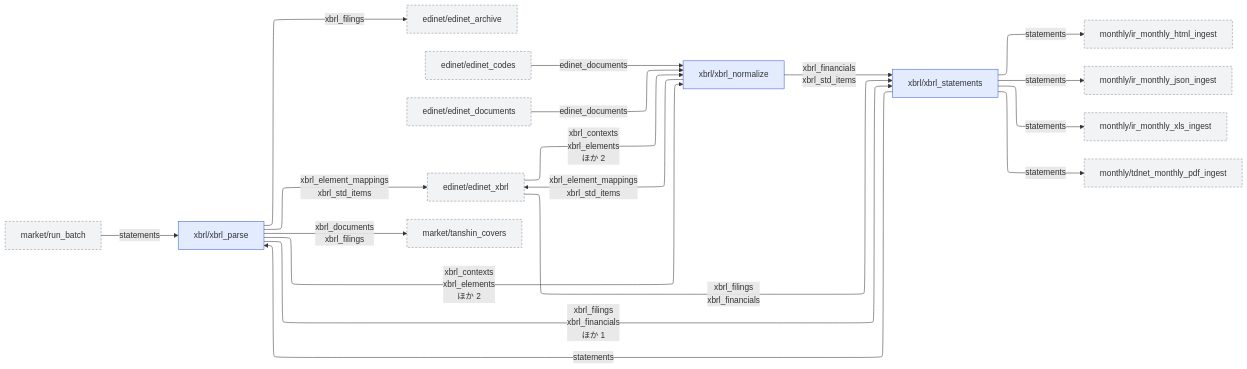
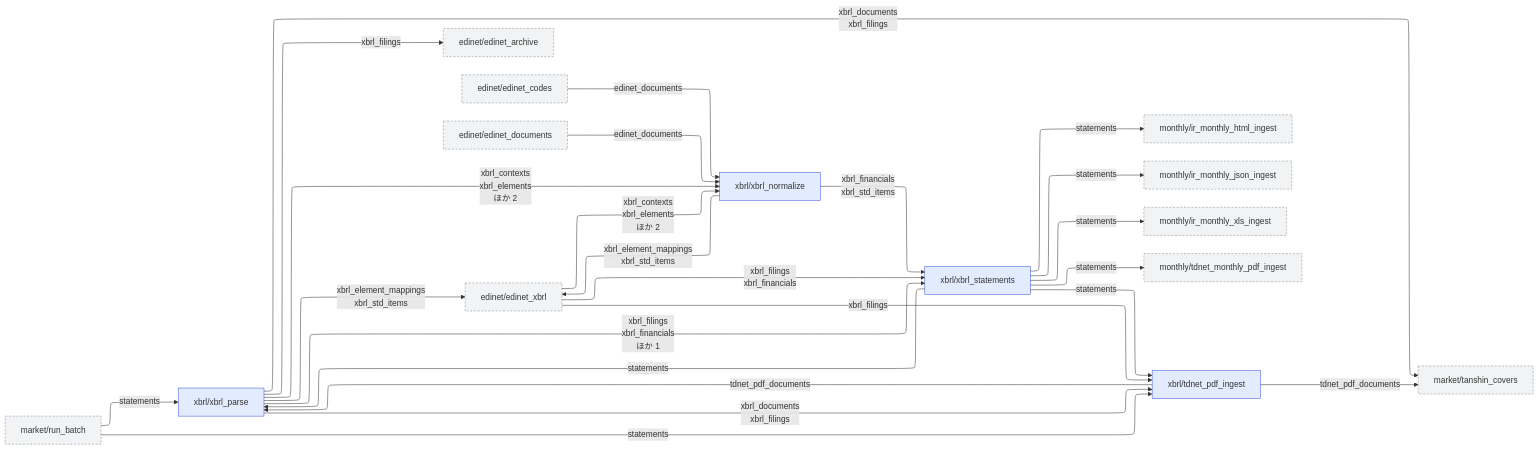
The diagram in docs/jobs/gen/xbrl.md (pekumirui/stock-analyzer), drawn with Mermaid before and after one commit. The commit also changed other lines of this file and 31 other files, not shown here.

````diff
--- a/docs/jobs/gen/xbrl.md
+++ b/docs/jobs/gen/xbrl.md
@@ -9,39 +9,46 @@
 ```mermaid
 ---
 config:
   layout: elk
 ---
 flowchart LR
   n0["edinet/edinet_archive"]:::ext
   n1["edinet/edinet_codes"]:::ext
   n2["edinet/edinet_documents"]:::ext
   n3["edinet/edinet_xbrl"]:::ext
   n4["market/run_batch"]:::ext
   n5["market/tanshin_covers"]:::ext
   n6["monthly/ir_monthly_html_ingest"]:::ext
   n7["monthly/ir_monthly_json_ingest"]:::ext
   n8["monthly/ir_monthly_xls_ingest"]:::ext
   n9["monthly/tdnet_monthly_pdf_ingest"]:::ext
-  n10["xbrl/xbrl_normalize"]:::own
-  n11["xbrl/xbrl_parse"]:::own
-  n12["xbrl/xbrl_statements"]:::own
-  n1 -->|"edinet_documents"| n10
-  n2 -->|"edinet_documents"| n10
-  n3 -->|"xbrl_contexts<br>xbrl_elements<br>ほか 2"| n10
-  n3 -->|"xbrl_filings<br>xbrl_financials"| n12
-  n4 -->|"statements"| n11
-  n10 -->|"xbrl_element_mappings<br>xbrl_std_items"| n3
-  n10 -->|"xbrl_financials<br>xbrl_std_items"| n12
-  n11 -->|"xbrl_filings"| n0
+  n10["xbrl/tdnet_pdf_ingest"]:::own
+  n11["xbrl/xbrl_normalize"]:::own
+  n12["xbrl/xbrl_parse"]:::own
+  n13["xbrl/xbrl_statements"]:::own
+  n1 -->|"edinet_documents"| n11
+  n2 -->|"edinet_documents"| n11
+  n3 -->|"xbrl_filings"| n10
+  n3 -->|"xbrl_contexts<br>xbrl_elements<br>ほか 2"| n11
+  n3 -->|"xbrl_filings<br>xbrl_financials"| n13
+  n4 -->|"statements"| n10
+  n4 -->|"statements"| n12
+  n10 -->|"tdnet_pdf_documents"| n5
+  n10 -->|"tdnet_pdf_documents"| n12
   n11 -->|"xbrl_element_mappings<br>xbrl_std_items"| n3
-  n11 -->|"xbrl_documents<br>xbrl_filings"| n5
-  n11 -->|"xbrl_contexts<br>xbrl_elements<br>ほか 2"| n10
-  n11 -->|"xbrl_filings<br>xbrl_financials<br>ほか 1"| n12
-  n12 -->|"statements"| n6
-  n12 -->|"statements"| n7
-  n12 -->|"statements"| n8
-  n12 -->|"statements"| n9
-  n12 -->|"statements"| n11
+  n11 -->|"xbrl_financials<br>xbrl_std_items"| n13
+  n12 -->|"xbrl_filings"| n0
+  n12 -->|"xbrl_element_mappings<br>xbrl_std_items"| n3
+  n12 -->|"xbrl_documents<br>xbrl_filings"| n5
+  n12 -->|"xbrl_documents<br>xbrl_filings"| n10
+  n12 -->|"xbrl_contexts<br>xbrl_elements<br>ほか 2"| n11
+  n12 -->|"xbrl_filings<br>xbrl_financials<br>ほか 1"| n13
+  n13 -->|"statements"| n6
+  n13 -->|"statements"| n7
+  n13 -->|"statements"| n8
+  n13 -->|"statements"| n9
+  n13 -->|"statements"| n10
+  n13 -->|"statements"| n12
   classDef own fill:#e3ecff,stroke:#3b5bdb
   classDef ext fill:#f1f3f5,stroke:#868e96,stroke-dasharray:4 3
 ```
````
